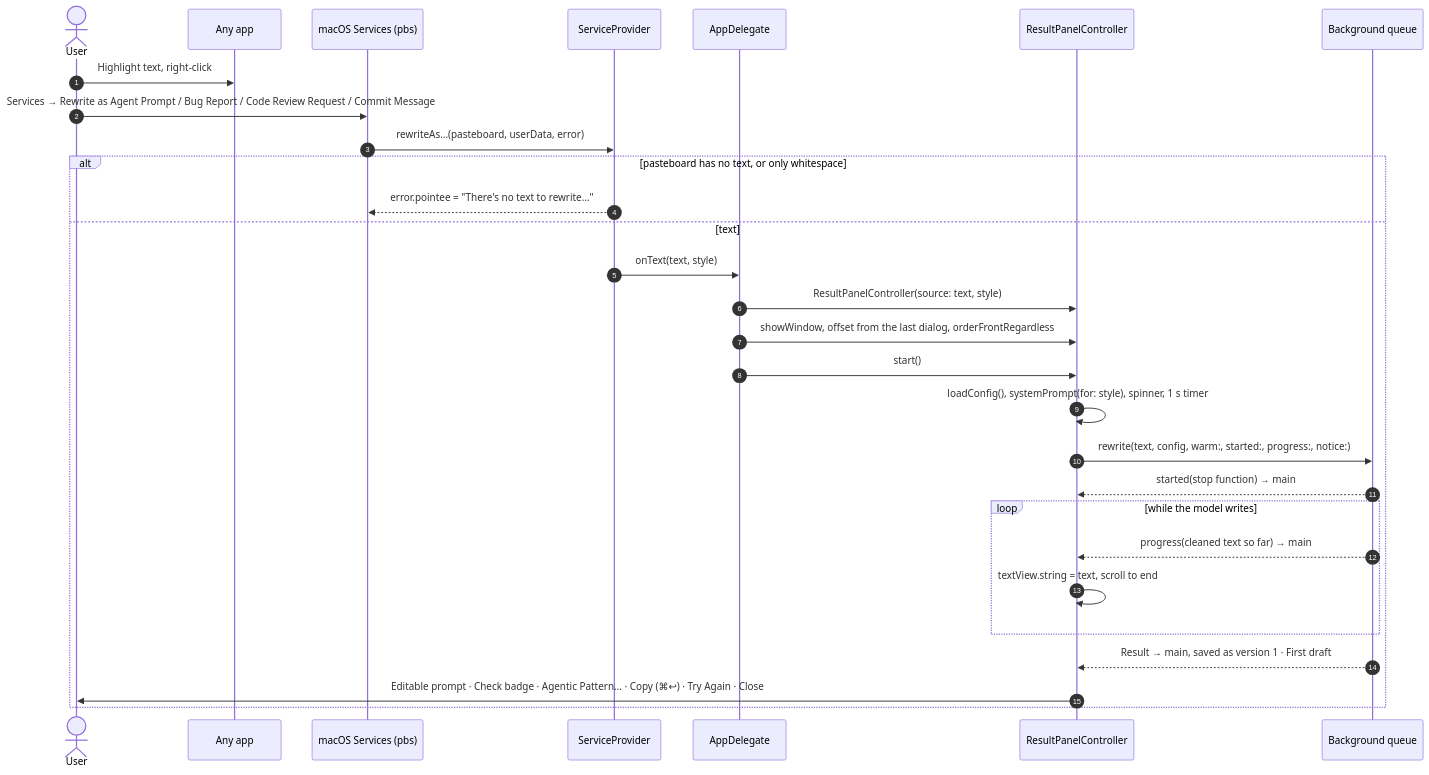
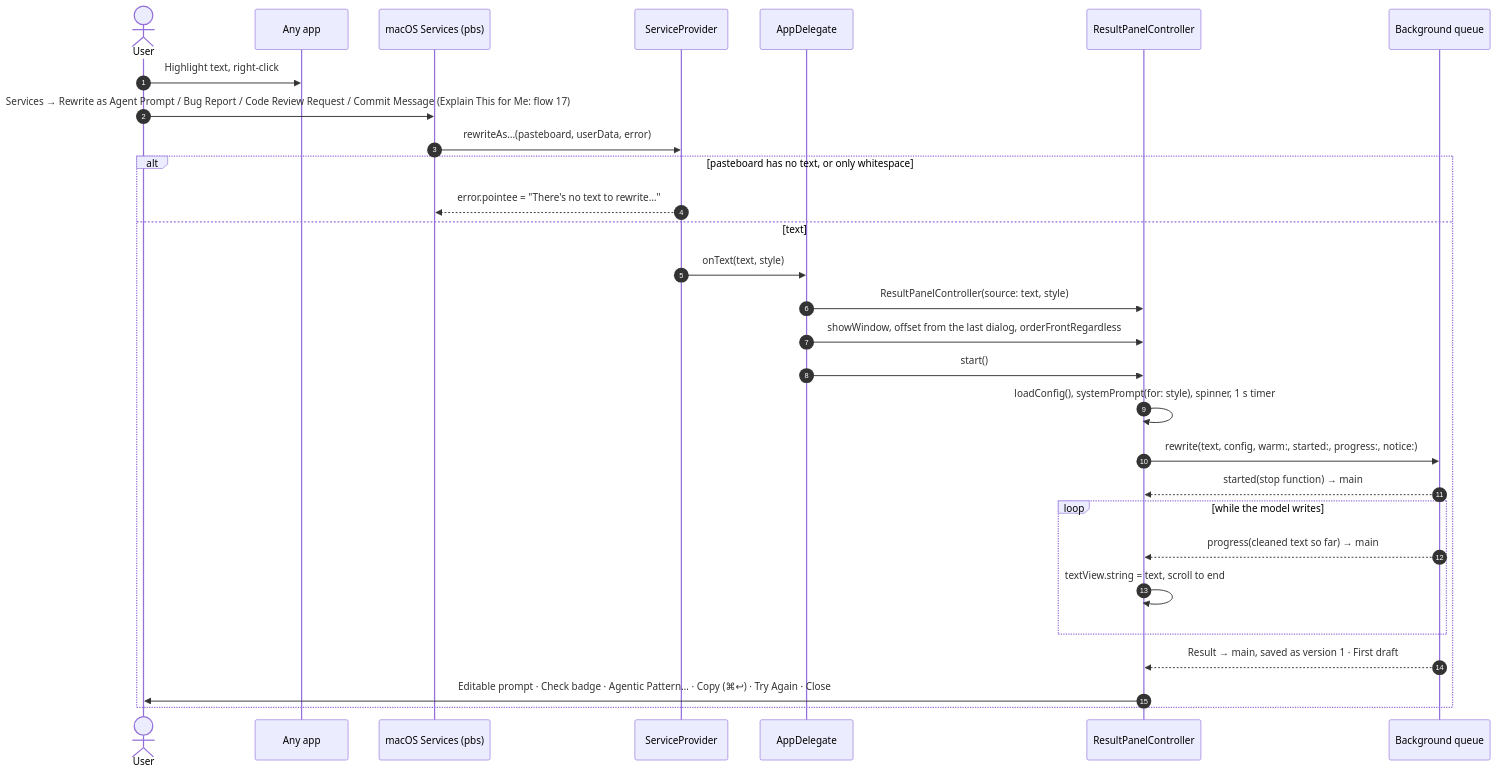
The second of 18 diagrams in docs/FLOW_MAPS.md (jdgiles26/prompt-menu), drawn with Mermaid before and after one commit. The commit also changed other lines of this file and 7 other files, not shown here.

````diff
--- a/docs/FLOW_MAPS.md
+++ b/docs/FLOW_MAPS.md
@@ -40,32 +43,32 @@
 ```mermaid
 sequenceDiagram
     autonumber
     actor U as User
     participant App as Any app
     participant OS as macOS Services (pbs)
     participant SP as ServiceProvider
     participant AD as AppDelegate
     participant P as ResultPanelController
     participant BG as Background queue
 
     U->>App: Highlight text, right-click
-    U->>OS: Services → Rewrite as Agent Prompt / Bug Report / Code Review Request / Commit Message
+    U->>OS: Services → Rewrite as Agent Prompt / Bug Report / Code Review Request / Commit Message (Explain This for Me: flow 17)
     OS->>SP: rewriteAs…(pasteboard, userData, error)
     alt pasteboard has no text, or only whitespace
         SP-->>OS: error.pointee = "There's no text to rewrite…"
     else text
         SP->>AD: onText(text, style)
         AD->>P: ResultPanelController(source: text, style)
         AD->>P: showWindow, offset from the last dialog, orderFrontRegardless
         AD->>P: start()
         P->>P: loadConfig(), systemPrompt(for: style), spinner, 1 s timer
         P->>BG: rewrite(text, config, warm:, started:, progress:, notice:)
         BG-->>P: started(stop function) → main
         loop while the model writes
             BG-->>P: progress(cleaned text so far) → main
             P->>P: textView.string = text, scroll to end
         end
         BG-->>P: Result → main, saved as version 1 · First draft
         P->>U: Editable prompt · Check badge · Agentic Pattern… · Copy (⌘↩) · Try Again · Close
     end
 ```
````
